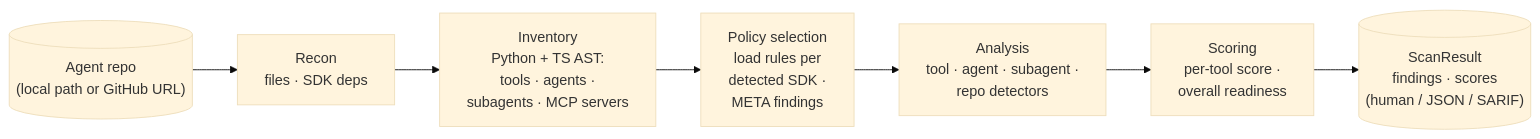
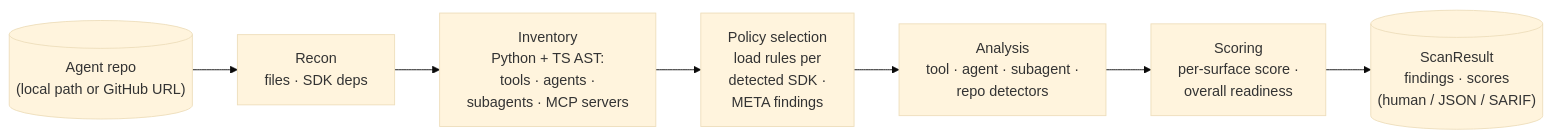
The diagram in README.md (trustabl/trustabl), drawn with Mermaid (base theme) before and after one commit. The commit also changed other lines of this file and 1 other file, not shown here.

Commit message:
docs: describe per-surface scoring and breadth-aware overall score

````diff
--- a/README.md
+++ b/README.md
@@ -99,12 +99,12 @@
 ```mermaid
 flowchart LR
     target[("Agent repo<br/>(local path or GitHub URL)")]
     recon["Recon<br/>files · SDK deps"]
     inv["Inventory<br/>Python + TS AST:<br/>tools · agents ·<br/>subagents · MCP servers"]
     pol["Policy selection<br/>load rules per<br/>detected SDK ·<br/>META findings"]
     ana["Analysis<br/>tool · agent · subagent ·<br/>repo detectors"]
-    score["Scoring<br/>per-tool score ·<br/>overall readiness"]
+    score["Scoring<br/>per-surface score ·<br/>overall readiness"]
     out[("ScanResult<br/>findings · scores<br/>(human / JSON / SARIF)")]
 
     target --> recon --> inv --> pol --> ana --> score --> out
 ```
````
